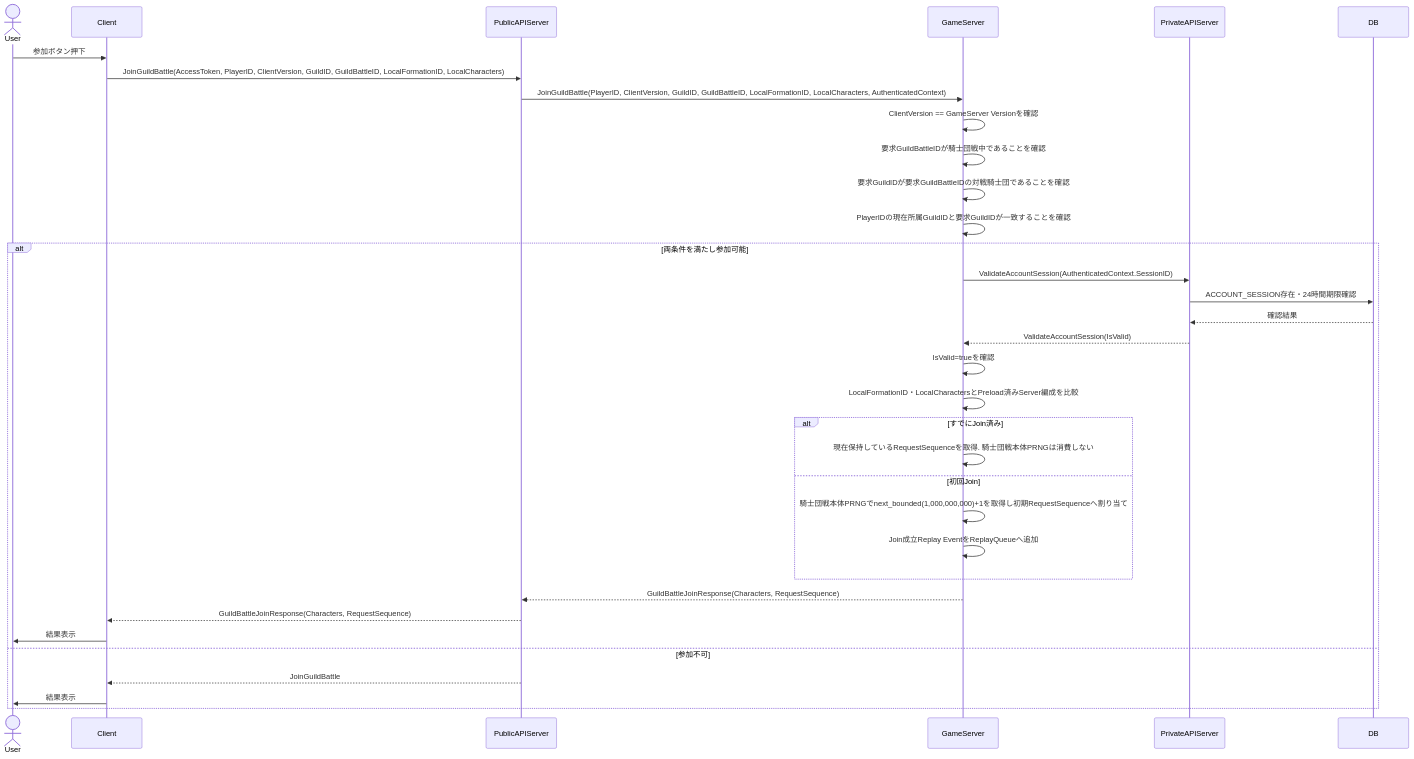
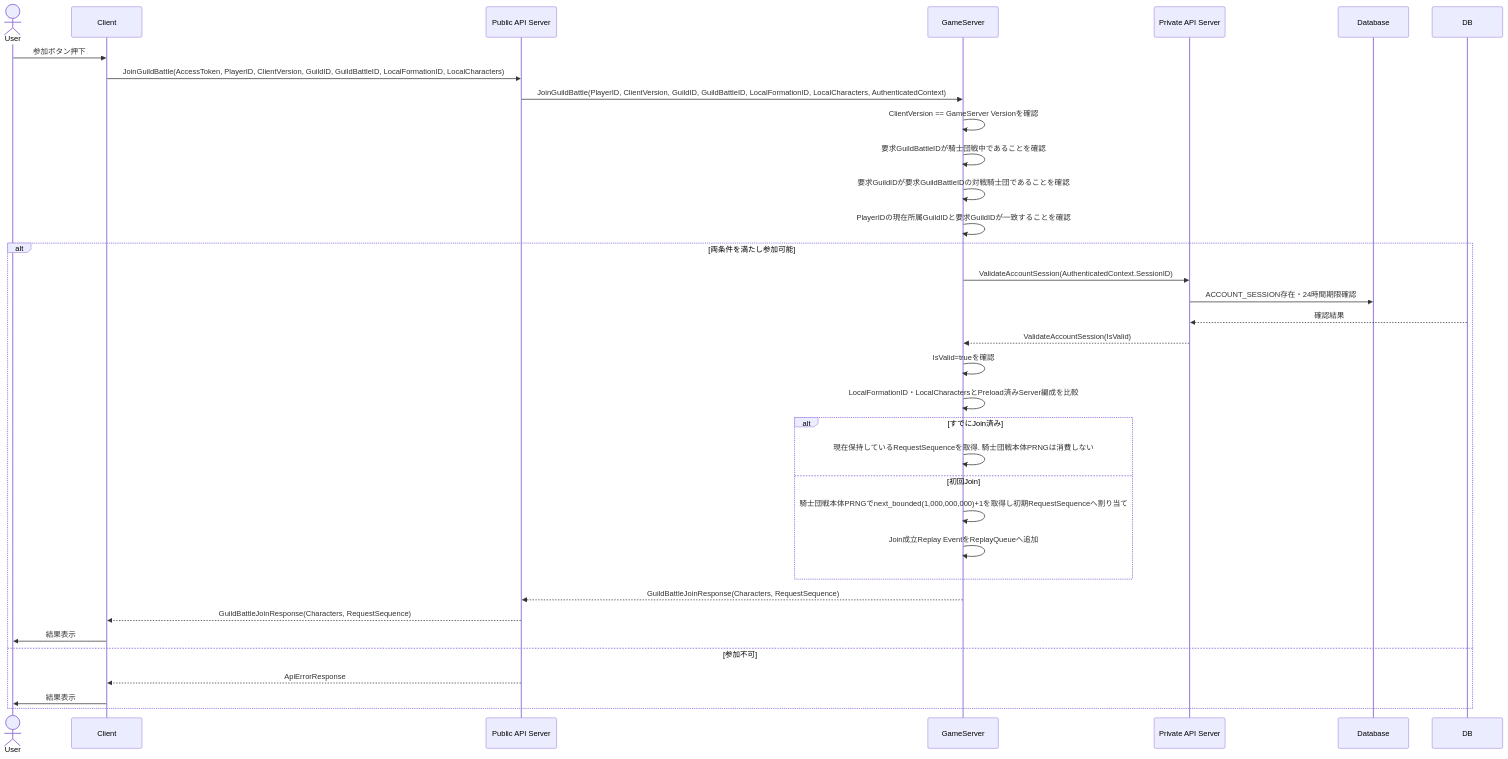
One commit to ReHydrangeaOdyssey/Specifications changed the second of 13 diagrams in design/server/guild_battle.md. Above: the diagram before and after it, drawn with Mermaid. The commit also changed other lines of this file and 12 other files, not shown here.

Commit message:
図などの名称の統一

````diff
--- a/design/server/guild_battle.md
+++ b/design/server/guild_battle.md
@@ -39,39 +39,39 @@
 ```mermaid
 sequenceDiagram
     actor User
     participant Client
-    participant PublicAPIServer
+    participant PublicAPIServer as Public API Server
     participant GameServer
-    participant PrivateAPIServer
-    participant DB
+    participant PrivateAPIServer as Private API Server
+    participant Database
 
     User ->> Client: 参加ボタン押下
     Client ->> PublicAPIServer: JoinGuildBattle(AccessToken, PlayerID, ClientVersion, GuildID, GuildBattleID, LocalFormationID, LocalCharacters)
     PublicAPIServer ->> GameServer: JoinGuildBattle(PlayerID, ClientVersion, GuildID, GuildBattleID, LocalFormationID, LocalCharacters, AuthenticatedContext)
     GameServer ->> GameServer: ClientVersion == GameServer Versionを確認
     GameServer ->> GameServer: 要求GuildBattleIDが騎士団戦中であることを確認
     GameServer ->> GameServer: 要求GuildIDが要求GuildBattleIDの対戦騎士団であることを確認
     GameServer ->> GameServer: PlayerIDの現在所属GuildIDと要求GuildIDが一致することを確認
 
     alt 両条件を満たし参加可能
         GameServer ->> PrivateAPIServer: ValidateAccountSession(AuthenticatedContext.SessionID)
-        PrivateAPIServer ->> DB: ACCOUNT_SESSION存在・24時間期限確認
+        PrivateAPIServer ->> Database: ACCOUNT_SESSION存在・24時間期限確認
         DB -->> PrivateAPIServer: 確認結果
         PrivateAPIServer -->> GameServer: ValidateAccountSession(IsValid)
         GameServer->>GameServer: IsValid=trueを確認
         GameServer->>GameServer: LocalFormationID・LocalCharactersとPreload済みServer編成を比較
         alt すでにJoin済み
             GameServer->>GameServer: 現在保持しているRequestSequenceを取得. 騎士団戦本体PRNGは消費しない
         else 初回Join
             GameServer->>GameServer: 騎士団戦本体PRNGでnext_bounded(1,000,000,000)+1を取得し初期RequestSequenceへ割り当て
             GameServer->>GameServer: Join成立Replay EventをReplayQueueへ追加
         end
         GameServer -->> PublicAPIServer: GuildBattleJoinResponse(Characters, RequestSequence)
         PublicAPIServer -->> Client: GuildBattleJoinResponse(Characters, RequestSequence)
         Client ->> User: 結果表示
     else 参加不可
-        PublicAPIServer -->> Client: JoinGuildBattle
+        PublicAPIServer -->> Client: ApiErrorResponse
         Client ->> User: 結果表示
     end
 
 ```
````
